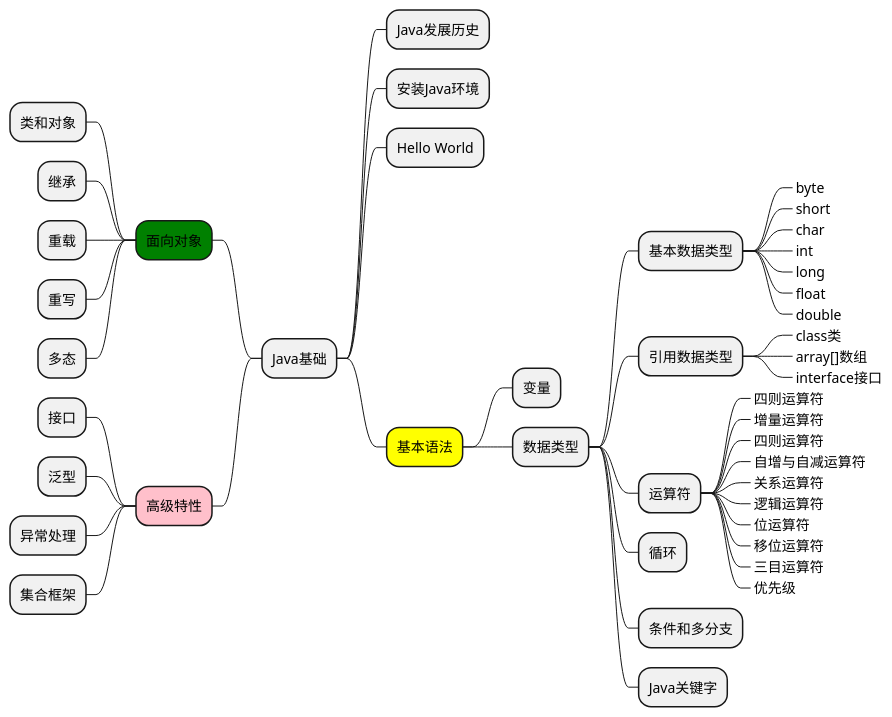
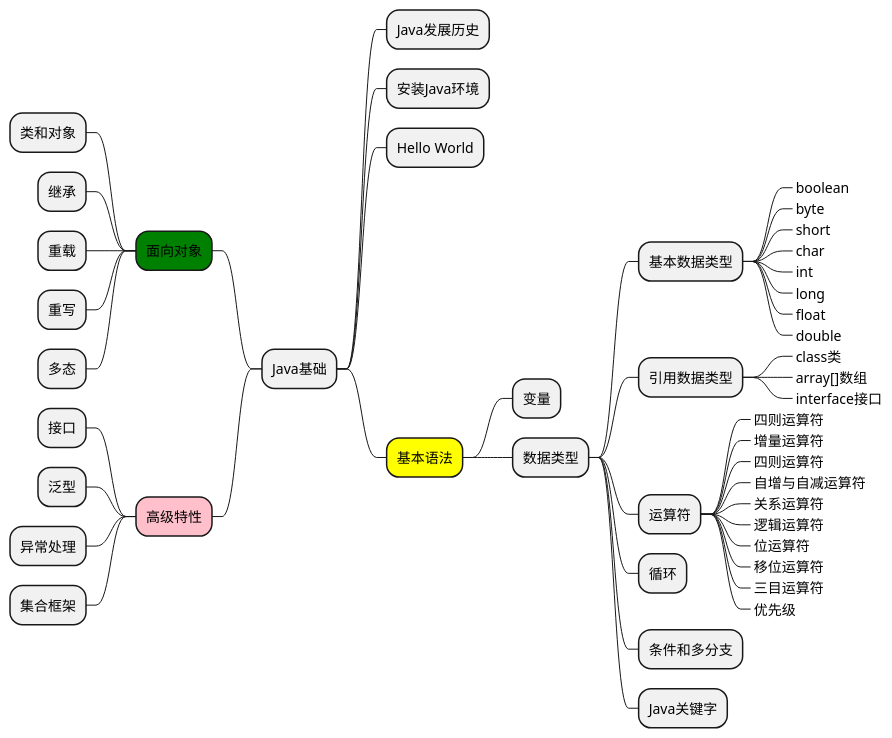
One commit to mg0324/s-java changed the diagram in java/base.md. Above: the diagram before and after it, drawn with PlantUML. The commit also changed other lines of this file and 1 other file, not shown here.

````diff
--- a/java/base.md
+++ b/java/base.md
@@ -4,48 +4,49 @@
 ```plantuml
 @startmindmap
 * Java基础
 ** Java发展历史
 ** 安装Java环境
 ** Hello World
 **[#yellow] 基本语法
 *** 变量
 *** 数据类型
 **** 基本数据类型
+*****_ boolean
 *****_ byte
 *****_ short
 *****_ char
 *****_ int
 *****_ long
 *****_ float
 *****_ double
 **** 引用数据类型
 *****_ class类
 *****_ array[]数组
 *****_ interface接口
 **** 运算符
 *****_ 四则运算符
 *****_ 增量运算符
 *****_ 四则运算符
 *****_ 自增与自减运算符
 *****_ 关系运算符
 *****_ 逻辑运算符
 *****_ 位运算符
 *****_ 移位运算符
 *****_ 三目运算符
 *****_ 优先级
 **** 循环
 **** 条件和多分支
 **** Java关键字
 --[#green] 面向对象
 --- 类和对象
 --- 继承
 --- 重载
 --- 重写
 --- 多态
 --[#pink] 高级特性
 --- 接口
 --- 泛型
 --- 异常处理
 --- 集合框架
 @endmindmap
 ```
````
